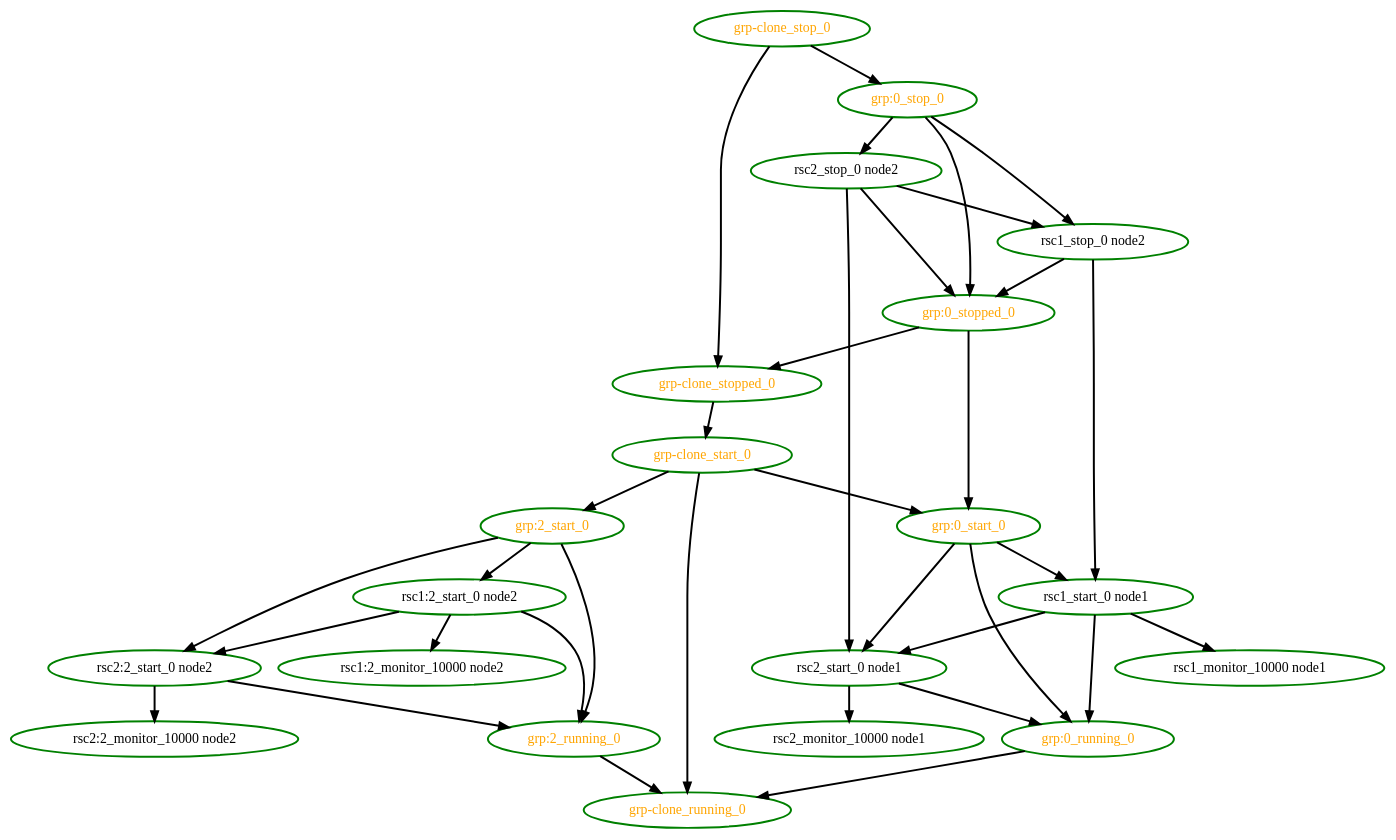
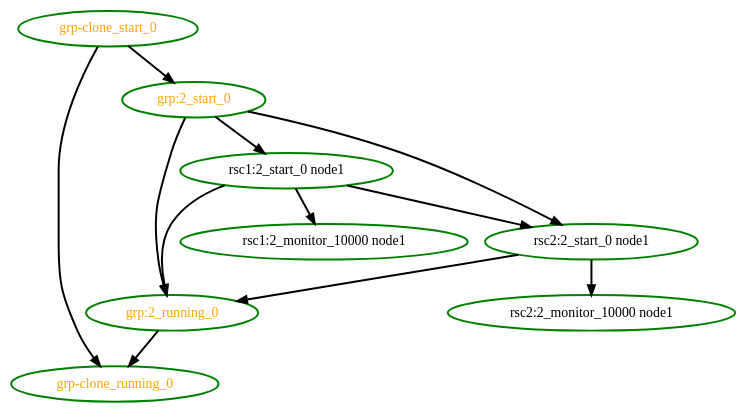
One commit to ClusterLabs/pacemaker changed the diagram in cts/scheduler/dot/clone-recover-no-shuffle-5.dot. Above: the diagram before and after it, drawn with Graphviz. The commit also changed 33 other files, not shown here.

```diff
--- a/cts/scheduler/dot/clone-recover-no-shuffle-5.dot
+++ b/cts/scheduler/dot/clone-recover-no-shuffle-5.dot
@@ -1,56 +1,21 @@
  digraph "g" {
 "grp-clone_running_0" [ style=bold color="green" fontcolor="orange"]
 "grp-clone_start_0" -> "grp-clone_running_0" [ style = bold]
-"grp-clone_start_0" -> "grp:0_start_0" [ style = bold]
 "grp-clone_start_0" -> "grp:2_start_0" [ style = bold]
 "grp-clone_start_0" [ style=bold color="green" fontcolor="orange"]
-"grp-clone_stop_0" -> "grp-clone_stopped_0" [ style = bold]
-"grp-clone_stop_0" -> "grp:0_stop_0" [ style = bold]
-"grp-clone_stop_0" [ style=bold color="green" fontcolor="orange"]
-"grp-clone_stopped_0" -> "grp-clone_start_0" [ style = bold]
-"grp-clone_stopped_0" [ style=bold color="green" fontcolor="orange"]
-"grp:0_running_0" -> "grp-clone_running_0" [ style = bold]
-"grp:0_running_0" [ style=bold color="green" fontcolor="orange"]
-"grp:0_start_0" -> "grp:0_running_0" [ style = bold]
-"grp:0_start_0" -> "rsc1_start_0 node1" [ style = bold]
-"grp:0_start_0" -> "rsc2_start_0 node1" [ style = bold]
-"grp:0_start_0" [ style=bold color="green" fontcolor="orange"]
-"grp:0_stop_0" -> "grp:0_stopped_0" [ style = bold]
-"grp:0_stop_0" -> "rsc1_stop_0 node2" [ style = bold]
-"grp:0_stop_0" -> "rsc2_stop_0 node2" [ style = bold]
-"grp:0_stop_0" [ style=bold color="green" fontcolor="orange"]
-"grp:0_stopped_0" -> "grp-clone_stopped_0" [ style = bold]
-"grp:0_stopped_0" -> "grp:0_start_0" [ style = bold]
-"grp:0_stopped_0" [ style=bold color="green" fontcolor="orange"]
 "grp:2_running_0" -> "grp-clone_running_0" [ style = bold]
 "grp:2_running_0" [ style=bold color="green" fontcolor="orange"]
 "grp:2_start_0" -> "grp:2_running_0" [ style = bold]
-"grp:2_start_0" -> "rsc1:2_start_0 node2" [ style = bold]
-"grp:2_start_0" -> "rsc2:2_start_0 node2" [ style = bold]
+"grp:2_start_0" -> "rsc1:2_start_0 node1" [ style = bold]
+"grp:2_start_0" -> "rsc2:2_start_0 node1" [ style = bold]
 "grp:2_start_0" [ style=bold color="green" fontcolor="orange"]
-"rsc1:2_monitor_10000 node2" [ style=bold color="green" fontcolor="black"]
-"rsc1:2_start_0 node2" -> "grp:2_running_0" [ style = bold]
-"rsc1:2_start_0 node2" -> "rsc1:2_monitor_10000 node2" [ style = bold]
-"rsc1:2_start_0 node2" -> "rsc2:2_start_0 node2" [ style = bold]
-"rsc1:2_start_0 node2" [ style=bold color="green" fontcolor="black"]
-"rsc1_monitor_10000 node1" [ style=bold color="green" fontcolor="black"]
-"rsc1_start_0 node1" -> "grp:0_running_0" [ style = bold]
-"rsc1_start_0 node1" -> "rsc1_monitor_10000 node1" [ style = bold]
-"rsc1_start_0 node1" -> "rsc2_start_0 node1" [ style = bold]
-"rsc1_start_0 node1" [ style=bold color="green" fontcolor="black"]
-"rsc1_stop_0 node2" -> "grp:0_stopped_0" [ style = bold]
-"rsc1_stop_0 node2" -> "rsc1_start_0 node1" [ style = bold]
-"rsc1_stop_0 node2" [ style=bold color="green" fontcolor="black"]
-"rsc2:2_monitor_10000 node2" [ style=bold color="green" fontcolor="black"]
-"rsc2:2_start_0 node2" -> "grp:2_running_0" [ style = bold]
-"rsc2:2_start_0 node2" -> "rsc2:2_monitor_10000 node2" [ style = bold]
-"rsc2:2_start_0 node2" [ style=bold color="green" fontcolor="black"]
-"rsc2_monitor_10000 node1" [ style=bold color="green" fontcolor="black"]
-"rsc2_start_0 node1" -> "grp:0_running_0" [ style = bold]
-"rsc2_start_0 node1" -> "rsc2_monitor_10000 node1" [ style = bold]
-"rsc2_start_0 node1" [ style=bold color="green" fontcolor="black"]
-"rsc2_stop_0 node2" -> "grp:0_stopped_0" [ style = bold]
-"rsc2_stop_0 node2" -> "rsc1_stop_0 node2" [ style = bold]
-"rsc2_stop_0 node2" -> "rsc2_start_0 node1" [ style = bold]
-"rsc2_stop_0 node2" [ style=bold color="green" fontcolor="black"]
+"rsc1:2_monitor_10000 node1" [ style=bold color="green" fontcolor="black"]
+"rsc1:2_start_0 node1" -> "grp:2_running_0" [ style = bold]
+"rsc1:2_start_0 node1" -> "rsc1:2_monitor_10000 node1" [ style = bold]
+"rsc1:2_start_0 node1" -> "rsc2:2_start_0 node1" [ style = bold]
+"rsc1:2_start_0 node1" [ style=bold color="green" fontcolor="black"]
+"rsc2:2_monitor_10000 node1" [ style=bold color="green" fontcolor="black"]
+"rsc2:2_start_0 node1" -> "grp:2_running_0" [ style = bold]
+"rsc2:2_start_0 node1" -> "rsc2:2_monitor_10000 node1" [ style = bold]
+"rsc2:2_start_0 node1" [ style=bold color="green" fontcolor="black"]
 }
```
